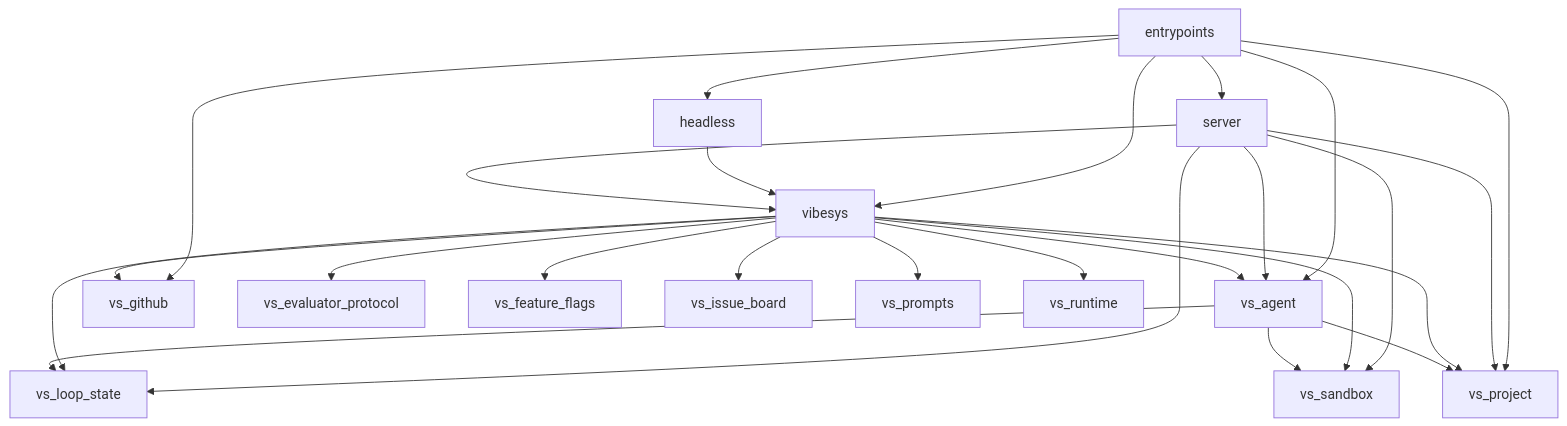
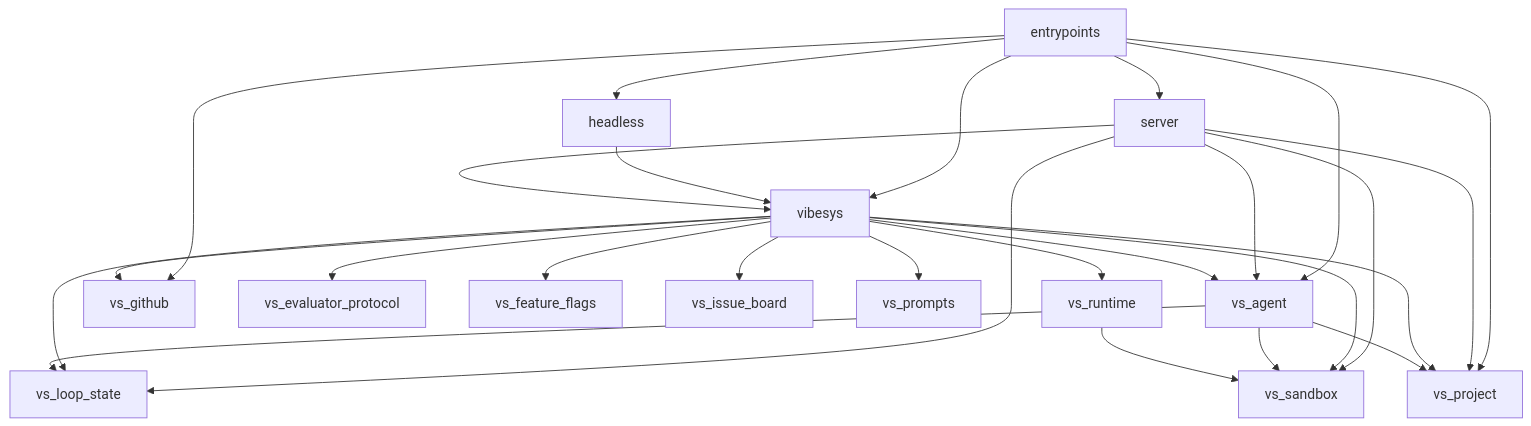
The first of 3 diagrams in docs/contributing/architecture.md (uw-syfi/vibesys), drawn with Mermaid before and after one commit. The commit also changed other lines of this file and 5 other files, not shown here.

````diff
--- a/docs/contributing/architecture.md
+++ b/docs/contributing/architecture.md
@@ -38,28 +38,29 @@
 ```mermaid
 graph TD
     entrypoints --> headless
     entrypoints --> server
     entrypoints --> vibesys
     entrypoints --> vs_agent
     entrypoints --> vs_github
     entrypoints --> vs_project
     headless --> vibesys
     server --> vibesys
     server --> vs_agent
     server --> vs_loop_state
     server --> vs_project
     server --> vs_sandbox
     vibesys --> vs_agent
     vibesys --> vs_evaluator_protocol
     vibesys --> vs_feature_flags
     vibesys --> vs_github
     vibesys --> vs_issue_board
     vibesys --> vs_loop_state
     vibesys --> vs_project
     vibesys --> vs_prompts
     vibesys --> vs_runtime
     vibesys --> vs_sandbox
     vs_agent --> vs_loop_state
     vs_agent --> vs_project
     vs_agent --> vs_sandbox
+    vs_runtime --> vs_sandbox
 ```
````
